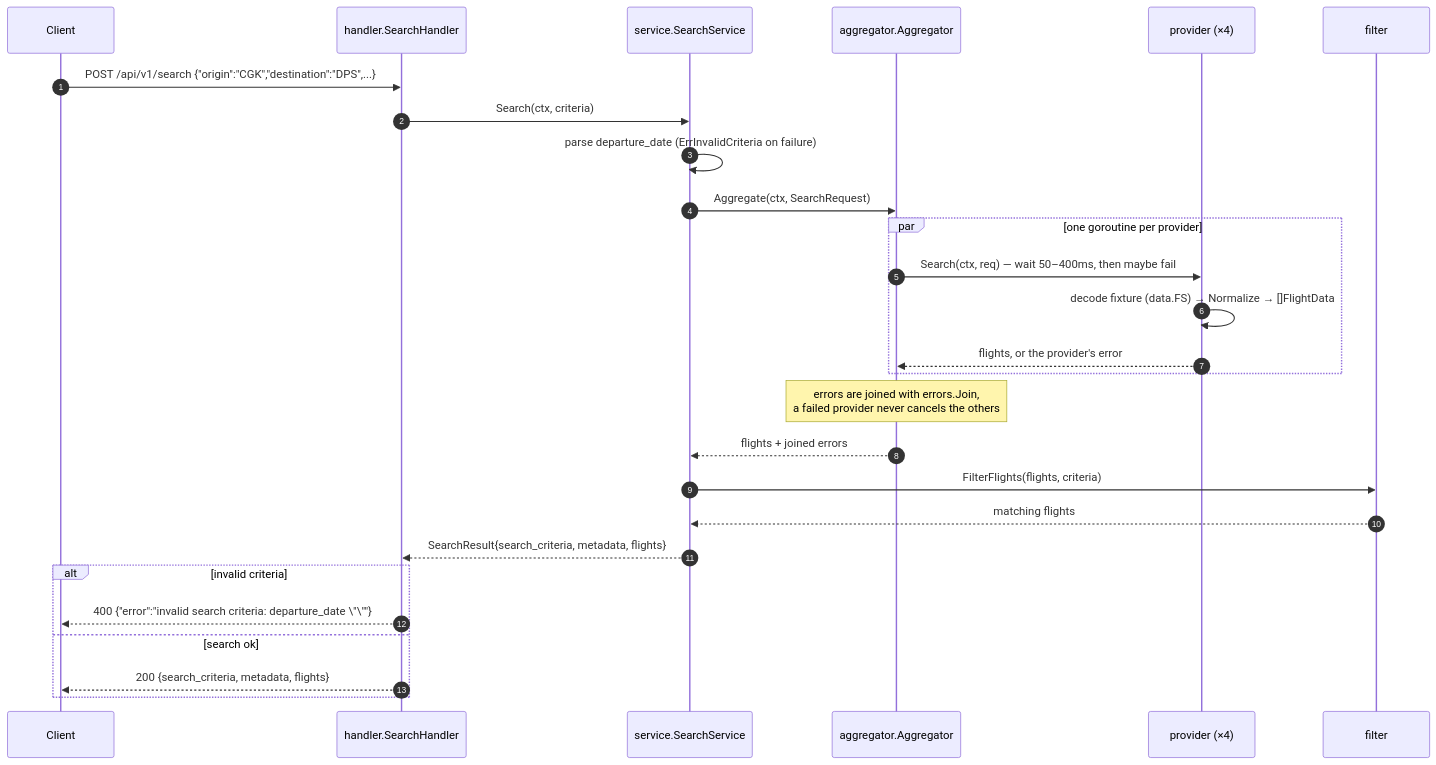
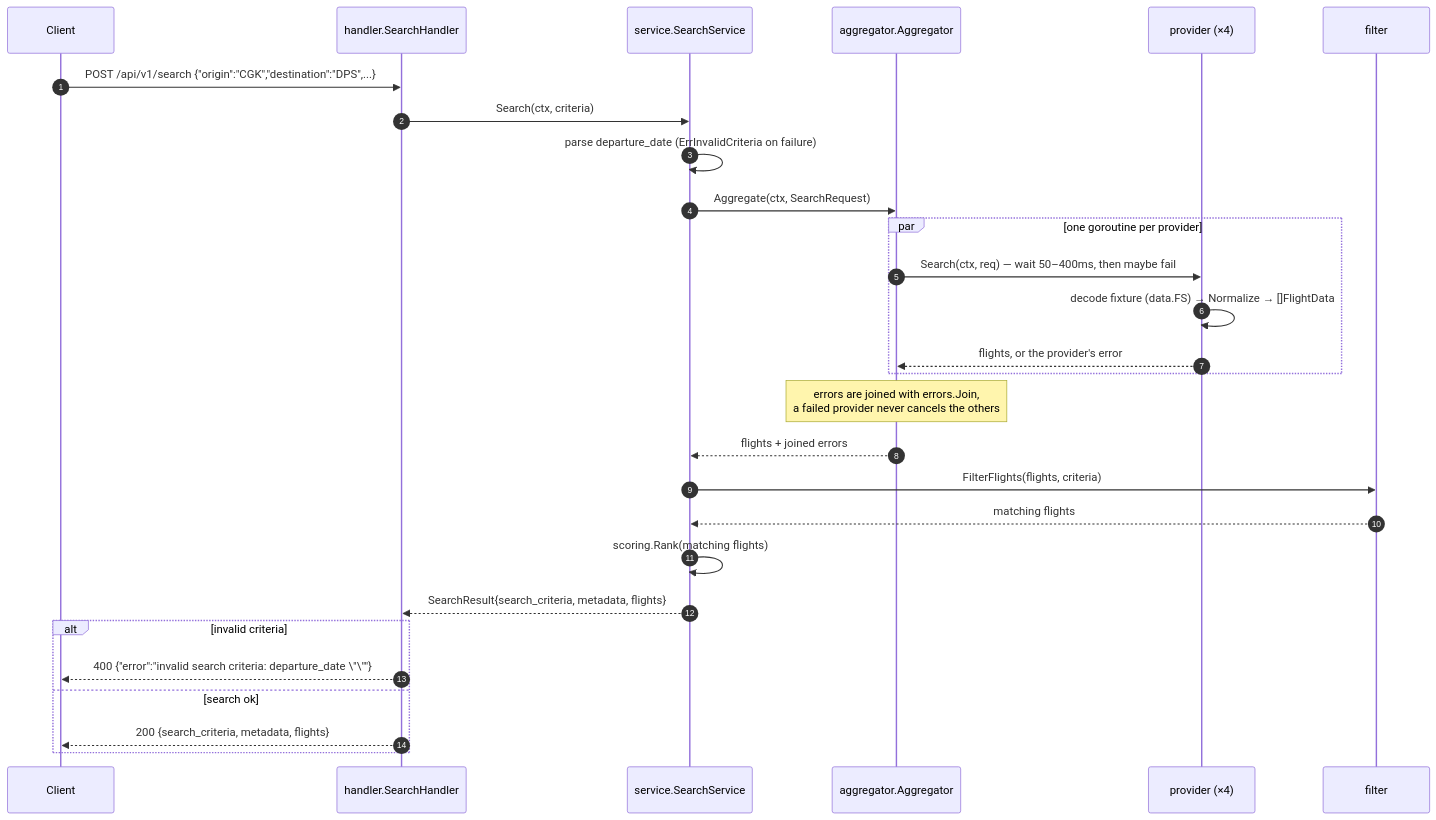
The diagram in README.md (setiahartono/bookcabin-flight), drawn with Mermaid before and after one commit. The commit also changed other lines of this file and 4 other files, not shown here.

````diff
--- a/README.md
+++ b/README.md
@@ -53,30 +57,31 @@
 ```mermaid
 sequenceDiagram
     autonumber
     participant C as Client
     participant H as handler.SearchHandler
     participant S as service.SearchService
     participant A as aggregator.Aggregator
     participant P as provider (×4)
     participant F as filter
 
     C->>H: POST /api/v1/search {"origin":"CGK","destination":"DPS",...}
     H->>S: Search(ctx, criteria)
     S->>S: parse departure_date (ErrInvalidCriteria on failure)
     S->>A: Aggregate(ctx, SearchRequest)
     par one goroutine per provider
         A->>P: Search(ctx, req) — wait 50–400ms, then maybe fail
         P->>P: decode fixture (data.FS) → Normalize → []FlightData
         P-->>A: flights, or the provider's error
     end
     Note over A: errors are joined with errors.Join,<br/>a failed provider never cancels the others
     A-->>S: flights + joined errors
     S->>F: FilterFlights(flights, criteria)
     F-->>S: matching flights
+    S->>S: scoring.Rank(matching flights)
     S-->>H: SearchResult{search_criteria, metadata, flights}
     alt invalid criteria
         H-->>C: 400 {"error":"invalid search criteria: departure_date \"\""}
     else search ok
         H-->>C: 200 {search_criteria, metadata, flights}
     end
 ```
````
